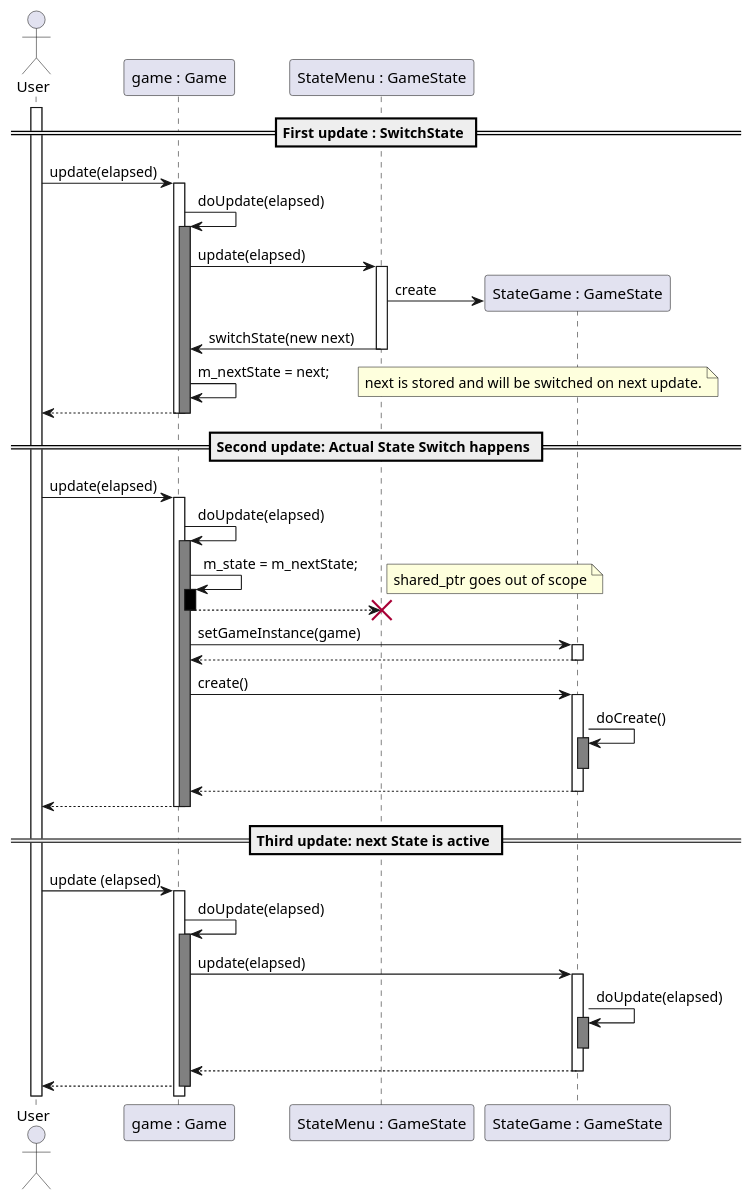
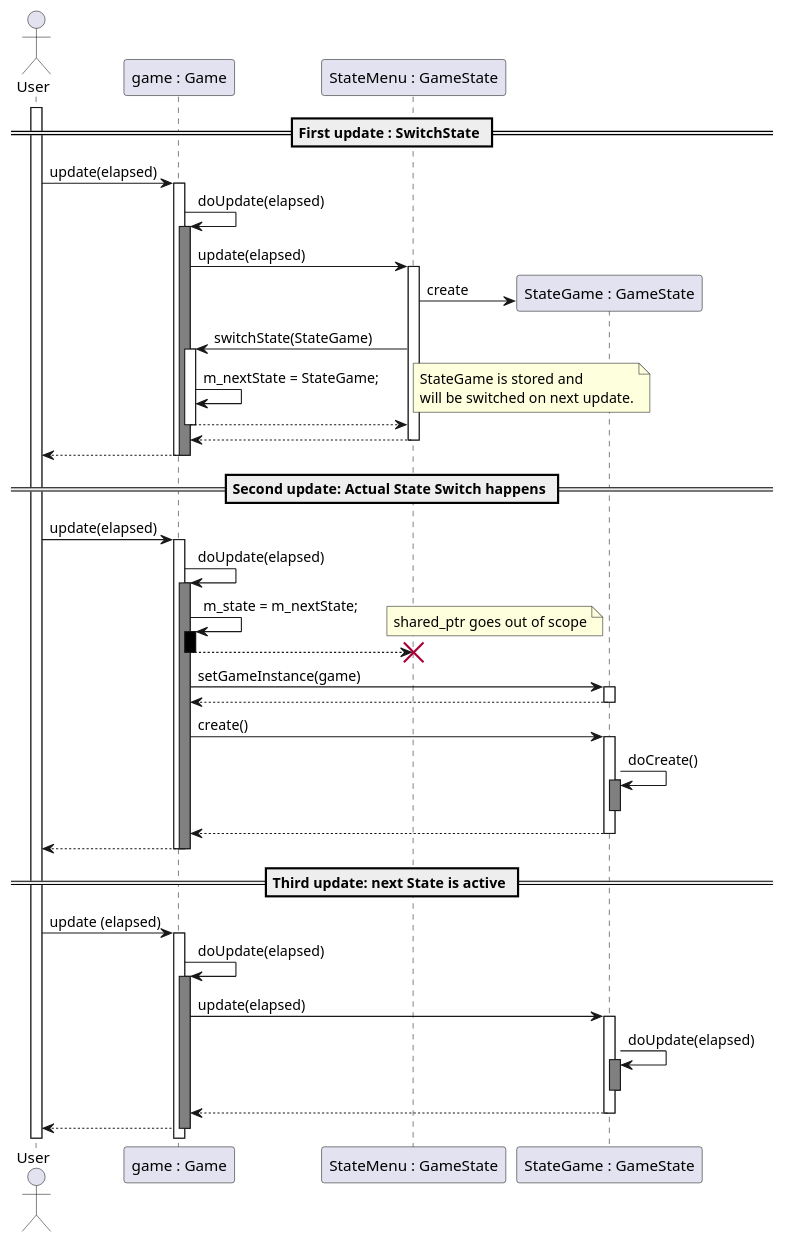
One commit to Laguna1989/JamTemplateCpp changed the diagram in doc/SwitchState.plantuml. Above: the diagram before and after it, drawn with PlantUML. The commit also changed 21 other files, not shown here.

```diff
--- a/doc/SwitchState.plantuml
+++ b/doc/SwitchState.plantuml
@@ -1,74 +1,79 @@
 @startuml
 actor "User" as u
 participant "game : Game" as g
 participant "StateMenu : GameState" as p
 participant "StateGame : GameState" as n
 
 activate u
 
 == First update : SwitchState ==
 u -> g : update(elapsed)
 activate g
 g -> g : doUpdate(elapsed)
 activate g #Gray
 g -> p : update(elapsed)
 activate p
 create n
 p -> n : create
-p -> g : switchState(new next)
+
+p -> g : switchState(StateGame)
+activate g
+g -> g : m_nextState = StateGame;
+note right: StateGame is stored and\nwill be switched on next update.
+g --> p
+deactivate g
+p --> g
+
 deactivate p
-g -> g : m_nextState = next;
-note right: next is stored and will be switched on next update.
-
 g --> u
 deactivate g
 deactivate g
 deactivate p
 
 
 == Second update: Actual State Switch happens ==
 u -> g : update(elapsed)
 activate g
 g-> g : doUpdate(elapsed)
 activate g #Gray
 g -> g : m_state = m_nextState;
 activate g #Black
 note right
 shared_ptr goes out of scope
 end note
 g --> p
 destroy p
 deactivate g
 g -> n : setGameInstance(game)
 activate n
 n --> g
 deactivate n
 g -> n : create()
 activate n
 n ->n : doCreate()
 activate n #Gray
 
 deactivate n
 n --> g
 deactivate n
 g --> u
 deactivate g
 deactivate g
 
 == Third update: next State is active ==
 u -> g : update (elapsed)
 activate g
 g -> g :doUpdate(elapsed)
 activate g #Gray
 
 g -> n : update(elapsed)
 activate n
 n -> n : doUpdate(elapsed)
 activate n #Gray
 
 deactivate n
 n --> g
 deactivate n
 g --> u
 deactivate g
 @enduml
```
